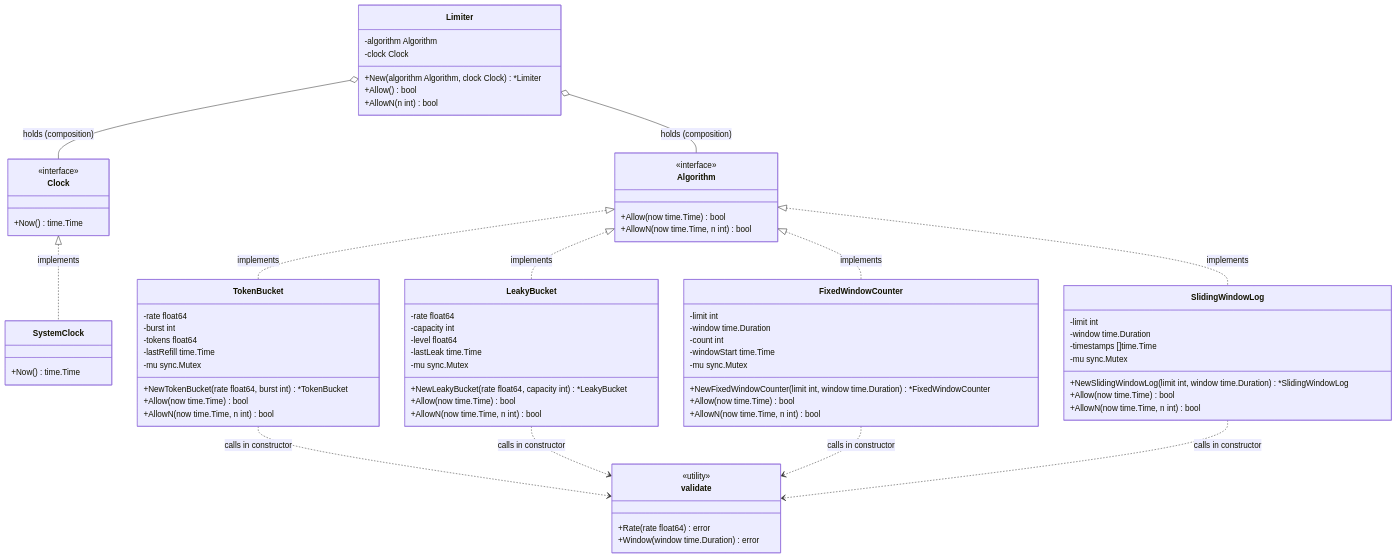
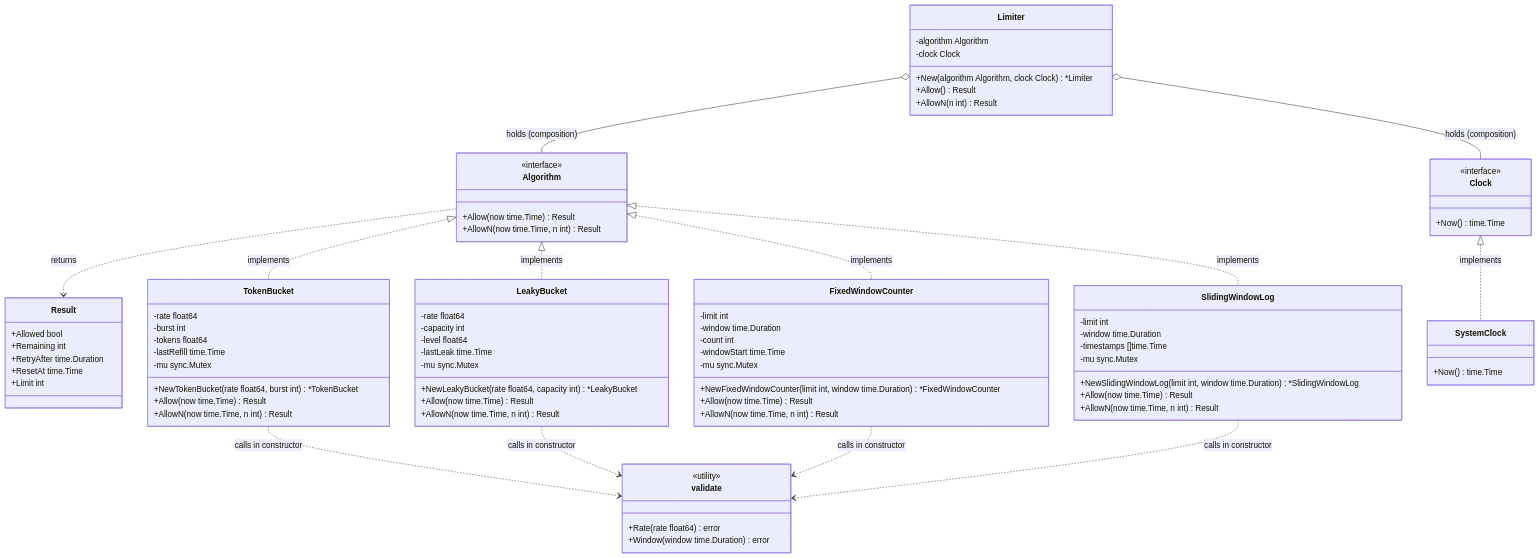
One commit to const-nash/go-rate-limiter changed the first of 2 diagrams in docs/architecture.md. Above: the diagram before and after it, drawn with Mermaid. The commit also changed other lines of this file and 3 other files, not shown here.

Commit message:
Change `Allow/AllowN` to return `Result` for detailed rate limiting feedback.

```diff
--- a/docs/architecture.md
+++ b/docs/architecture.md
@@ -17,16 +25,24 @@
 classDiagram
     class Algorithm {
         <<interface>>
-        +Allow(now time.Time) bool
-        +AllowN(now time.Time, n int) bool
+        +Allow(now time.Time) Result
+        +AllowN(now time.Time, n int) Result
+    }
+
+    class Result {
+        +Allowed bool
+        +Remaining int
+        +RetryAfter time.Duration
+        +ResetAt time.Time
+        +Limit int
     }
 
     class Limiter {
         -algorithm Algorithm
         -clock Clock
         +New(algorithm Algorithm, clock Clock) *Limiter
-        +Allow() bool
-        +AllowN(n int) bool
+        +Allow() Result
+        +AllowN(n int) Result
     }
 
     class Clock {
@@ -51,8 +67,8 @@
         -lastRefill time.Time
         -mu sync.Mutex
         +NewTokenBucket(rate float64, burst int) *TokenBucket
-        +Allow(now time.Time) bool
-        +AllowN(now time.Time, n int) bool
+        +Allow(now time.Time) Result
+        +AllowN(now time.Time, n int) Result
     }
 
     class LeakyBucket {
@@ -62,8 +78,8 @@
         -lastLeak time.Time
         -mu sync.Mutex
         +NewLeakyBucket(rate float64, capacity int) *LeakyBucket
-        +Allow(now time.Time) bool
-        +AllowN(now time.Time, n int) bool
+        +Allow(now time.Time) Result
+        +AllowN(now time.Time, n int) Result
     }
 
     class FixedWindowCounter {
@@ -73,8 +89,8 @@
         -windowStart time.Time
         -mu sync.Mutex
         +NewFixedWindowCounter(limit int, window time.Duration) *FixedWindowCounter
-        +Allow(now time.Time) bool
-        +AllowN(now time.Time, n int) bool
+        +Allow(now time.Time) Result
+        +AllowN(now time.Time, n int) Result
     }
 
     class SlidingWindowLog {
@@ -83,11 +99,12 @@
         -timestamps []time.Time
         -mu sync.Mutex
         +NewSlidingWindowLog(limit int, window time.Duration) *SlidingWindowLog
-        +Allow(now time.Time) bool
-        +AllowN(now time.Time, n int) bool
+        +Allow(now time.Time) Result
+        +AllowN(now time.Time, n int) Result
     }
 
     Limiter o-- Algorithm : holds (composition)
+    Algorithm ..> Result : returns
     Limiter o-- Clock : holds (composition)
     Algorithm <|.. TokenBucket : implements
     Algorithm <|.. LeakyBucket : implements
```
